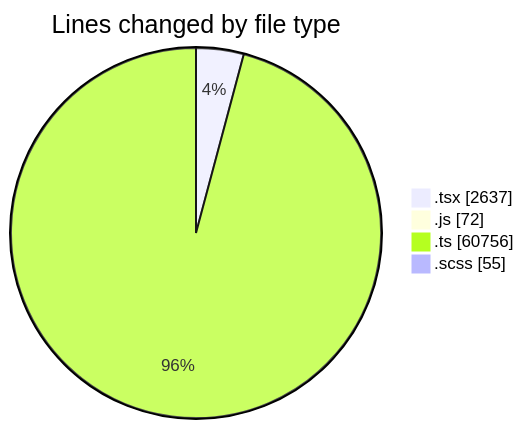
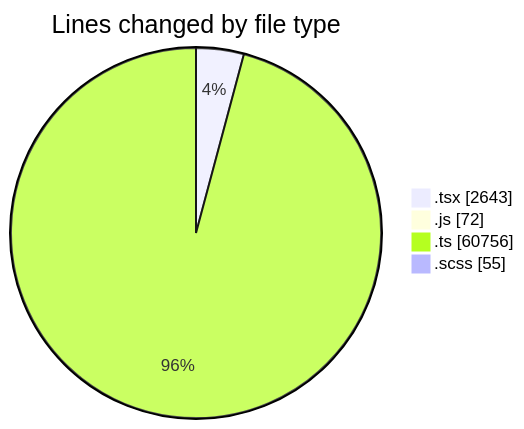
One commit to momahboobian/code-tracking changed the first of 2 diagrams in 2026-09-25/cda/README.md. Above: the diagram before and after it, drawn with Mermaid. The commit also changed other lines of this file and 1 other file, not shown here.

````diff
--- a/2026-09-25/cda/README.md
+++ b/2026-09-25/cda/README.md
@@ -52,8 +52,8 @@
 ```mermaid
 pie showData
 title Lines changed by file type
-".tsx" : 2637
+".tsx" : 2643
 ".js" : 72
 ".ts" : 60756
 ".scss" : 55
 ```
````
